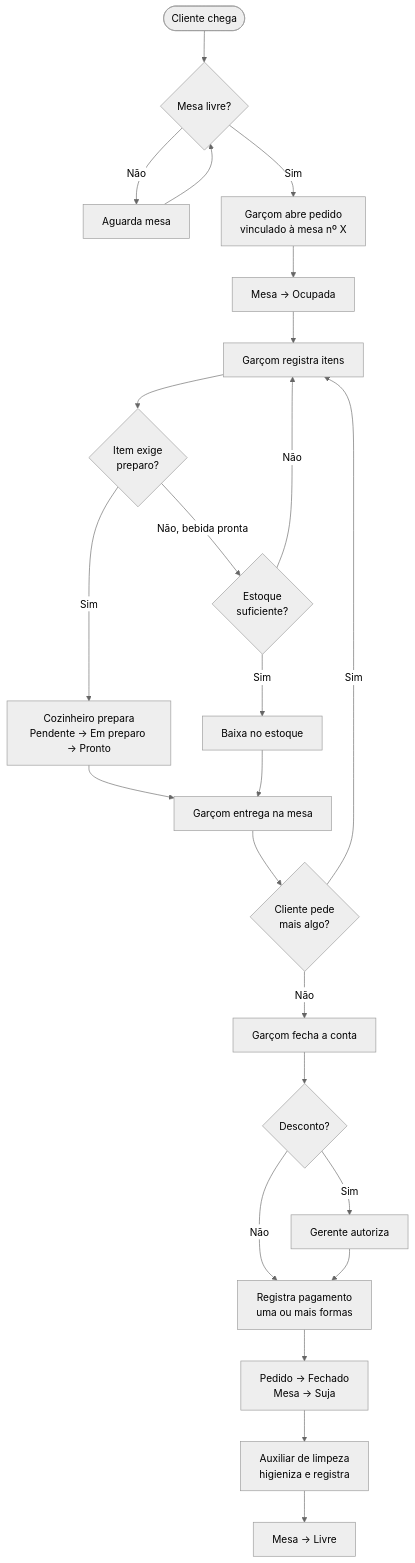
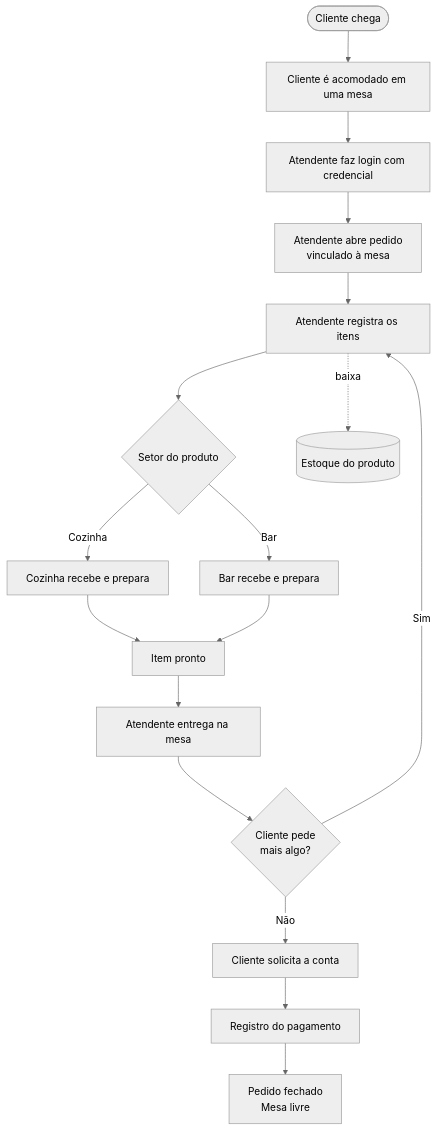
Before and after one commit to Victin7/modelagem-dados: the first of 2 diagrams in README.md, drawn with Mermaid (neutral theme). The commit also changed other lines of this file, not shown here.

````diff
--- a/README.md
+++ b/README.md
@@ -54,26 +72,19 @@
 ```mermaid
 flowchart TD
-    A([Cliente chega]) --> B{Mesa livre?}
-    B -- Não --> A2[Aguarda mesa]
-    A2 --> B
-    B -- Sim --> C[Garçom abre pedido<br/>vinculado à mesa nº X]
-    C --> D[Mesa → Ocupada]
-    D --> E[Garçom registra itens]
-    E --> F{Item exige<br/>preparo?}
-    F -- Sim --> G[Cozinheiro prepara<br/>Pendente → Em preparo → Pronto]
-    F -- Não, bebida pronta --> H{Estoque<br/>suficiente?}
-    H -- Não --> E
-    H -- Sim --> I[Baixa no estoque]
-    G --> J[Garçom entrega na mesa]
-    I --> J
+    A([Cliente chega]) --> B[Cliente é acomodado em uma mesa]
+    B --> C[Atendente faz login com credencial]
+    C --> D[Atendente abre pedido<br/>vinculado à mesa]
+    D --> E[Atendente registra os itens]
+    E --> F{Setor do produto}
+    F -- Cozinha --> G[Cozinha recebe e prepara]
+    F -- Bar --> H[Bar recebe e prepara]
+    G --> I[Item pronto]
+    H --> I
+    I --> J[Atendente entrega na mesa]
     J --> K{Cliente pede<br/>mais algo?}
     K -- Sim --> E
-    K -- Não --> L[Garçom fecha a conta]
-    L --> M{Desconto?}
-    M -- Sim --> N[Gerente autoriza]
-    M -- Não --> O
-    N --> O[Registra pagamento<br/>uma ou mais formas]
-    O --> P[Pedido → Fechado<br/>Mesa → Suja]
-    P --> Q[Auxiliar de limpeza<br/>higieniza e registra]
-    Q --> R[Mesa → Livre]
+    K -- Não --> L[Cliente solicita a conta]
+    L --> M[Registro do pagamento]
+    M --> N[Pedido fechado<br/>Mesa livre]
+    E -. baixa .-> O[(Estoque do produto)]
 ```
````
